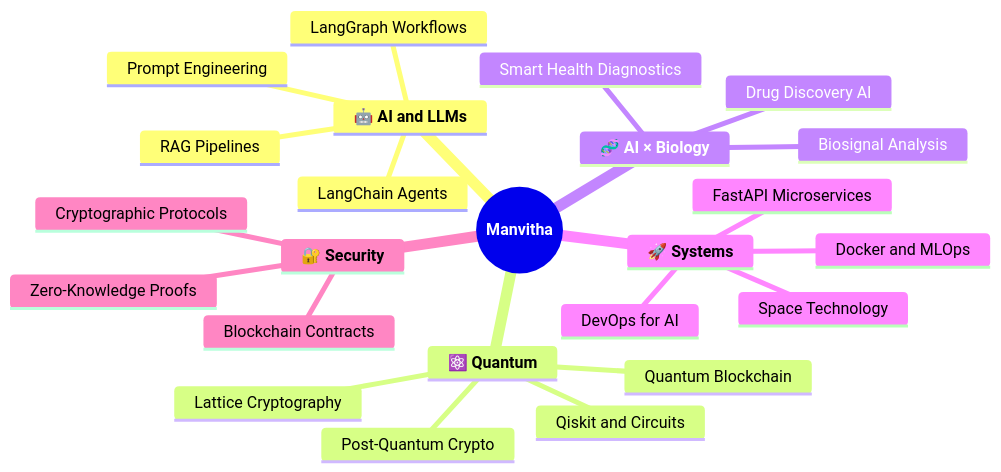
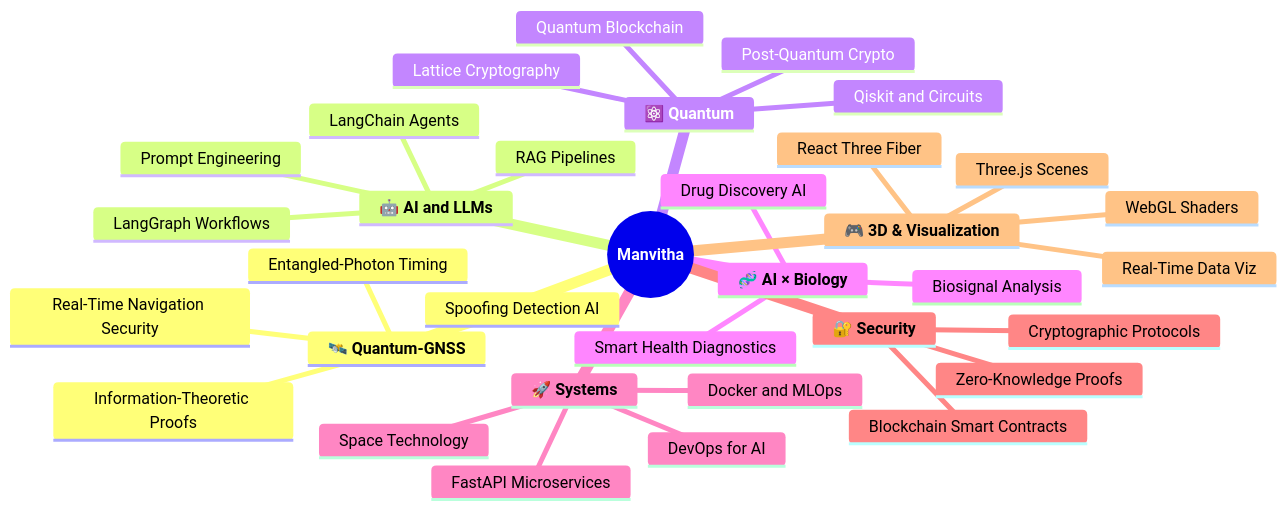
The diagram in README.md (Manvitha3004/Manvitha3004), drawn with Mermaid before and after one commit. The commit also changed other lines of this file, not shown here.

````diff
--- a/README.md
+++ b/README.md
@@ -170,27 +199,37 @@
 ```mermaid
 mindmap
   root((**Manvitha**))
+    🛰️ **Quantum-GNSS**
+      Entangled-Photon Timing
+      Spoofing Detection AI
+      Real-Time Navigation Security
+      Information-Theoretic Proofs
     🤖 **AI and LLMs**
       LangChain Agents
       LangGraph Workflows
       RAG Pipelines
       Prompt Engineering
     ⚛️ **Quantum**
       Post-Quantum Crypto
       Qiskit and Circuits
       Quantum Blockchain
       Lattice Cryptography
     🧬 **AI × Biology**
       Smart Health Diagnostics
       Biosignal Analysis
       Drug Discovery AI
     🚀 **Systems**
       FastAPI Microservices
       Docker and MLOps
       DevOps for AI
       Space Technology
     🔐 **Security**
-      Blockchain Contracts
+      Blockchain Smart Contracts
       Zero-Knowledge Proofs
       Cryptographic Protocols
+    🎮 **3D & Visualization**
+      Three.js Scenes
+      React Three Fiber
+      WebGL Shaders
+      Real-Time Data Viz
 ```
````
